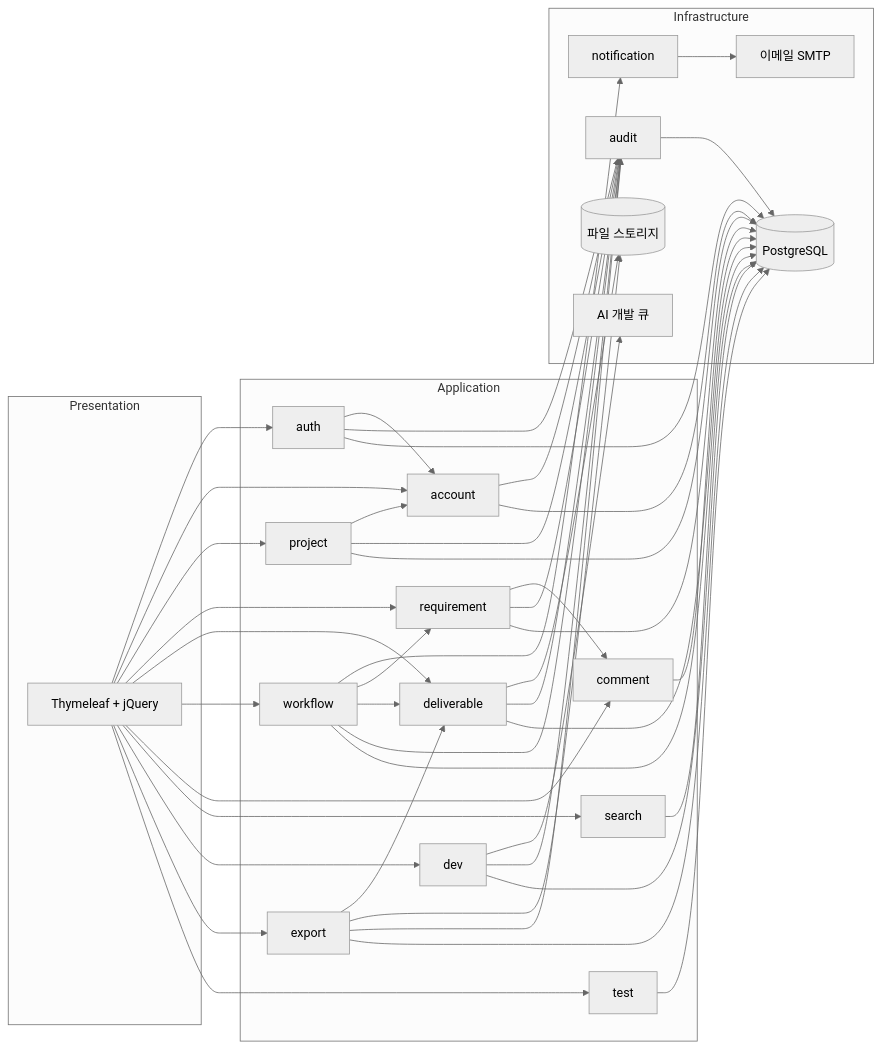
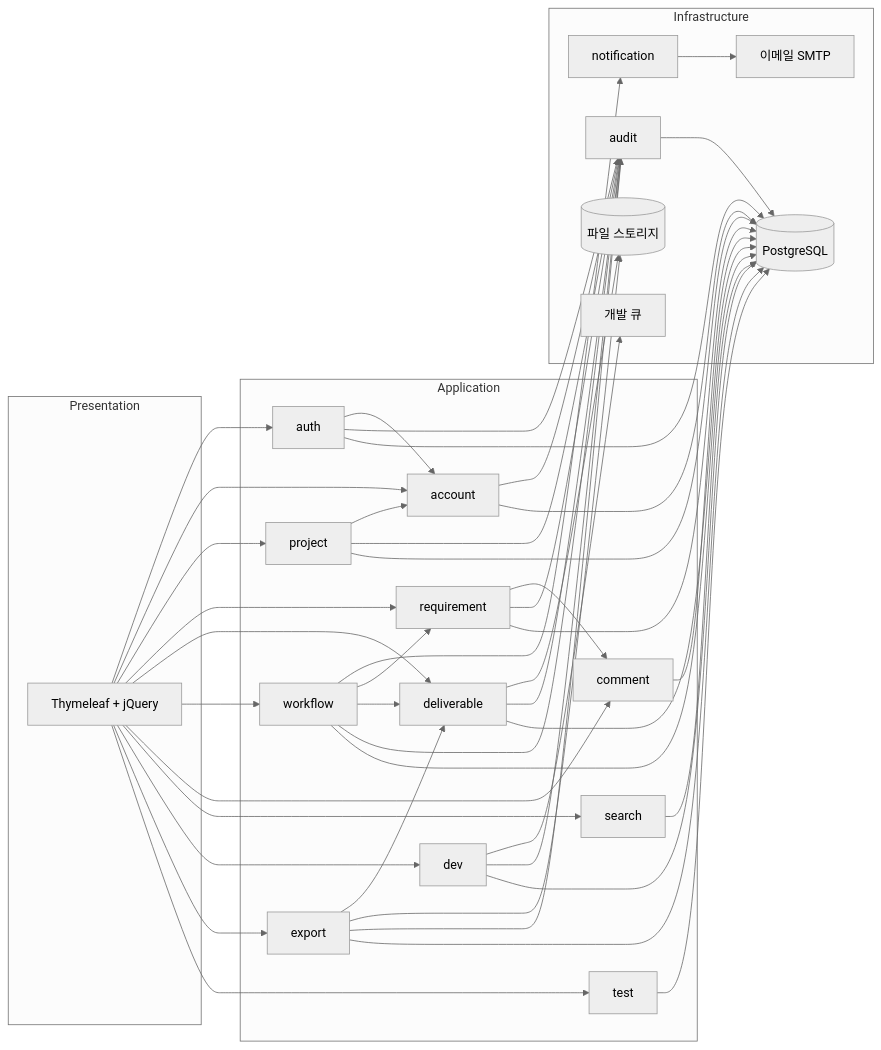
One commit to HyeonJ/sp-project-portal changed the diagram in docs/architecture.md. Above: the diagram before and after it, drawn with Mermaid (neutral theme). The commit also changed other lines of this file and 13 other files, not shown here.

````diff
--- a/docs/architecture.md
+++ b/docs/architecture.md
@@ -82,42 +82,42 @@
 ```mermaid
 flowchart LR
     subgraph Presentation
         UI[Thymeleaf + jQuery]
     end
 
     subgraph Application
         AUTH[auth]
         ACC[account]
         PRJ[project]
         REQ[requirement]
         DEL[deliverable]
         WF[workflow]
         CMT[comment]
         SRCH[search]
         DEV[dev]
         EXP[export]
         TST[test]
     end
 
     subgraph Infrastructure
         DB[(PostgreSQL)]
         FS[(파일 스토리지)]
         MAIL[이메일 SMTP]
-        AIQ[AI 개발 큐]
+        AIQ[개발 큐]
         AUD[audit]
         NTF[notification]
     end
 
     UI --> AUTH & ACC & PRJ & REQ & DEL & WF & CMT & SRCH & DEV & EXP & TST
     AUTH --> ACC
     PRJ --> ACC
     REQ --> CMT
     DEL --> FS
     WF --> NTF
     WF --> REQ & DEL
     DEV --> AIQ
     EXP --> DEL & FS
     AUTH & ACC & PRJ & REQ & DEL & WF & DEV & EXP --> AUD
     NTF --> MAIL
     AUTH & ACC & PRJ & REQ & DEL & WF & CMT & SRCH & DEV & EXP & TST & AUD --> DB
 ```
````
